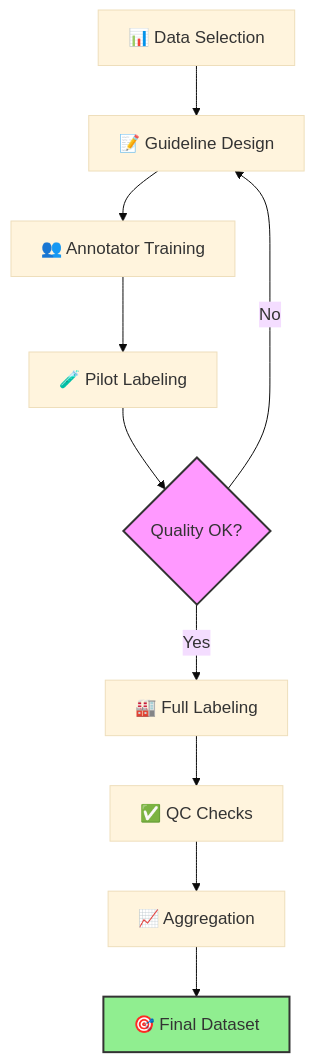
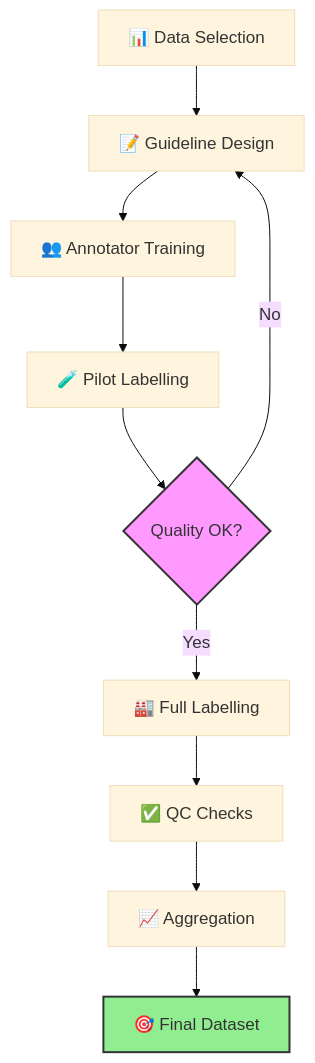
The diagram in lectures/lecture-03/03-datasets.qmd (danilofreire/datasci101), drawn with Mermaid before and after one commit. The commit also changed other lines of this file and 1 other file, not shown here.

````diff
--- a/lectures/lecture-03/03-datasets.qmd
+++ b/lectures/lecture-03/03-datasets.qmd
@@ -773,15 +776,15 @@
 ```{mermaid}
 %%{init: {'theme': 'base', 'themeVariables': {'fontSize': '17px'}}}%%
 flowchart TB
     A[📊 Data Selection] --> B[📝 Guideline Design]
     B --> C[👥 Annotator Training]
-    C --> D[🧪 Pilot Labeling]
+    C --> D[🧪 Pilot Labelling]
     D --> E{Quality OK?}
     E -->|No| B
-    E -->|Yes| F[🏭 Full Labeling]
+    E -->|Yes| F[🏭 Full Labelling]
     F --> G[✅ QC Checks]
     G --> H[📈 Aggregation]
     H --> I[🎯 Final Dataset]
     style E fill:#f9f,stroke:#333,stroke-width:2px
     style I fill:#90EE90,stroke:#333,stroke-width:2px
 ```
````
